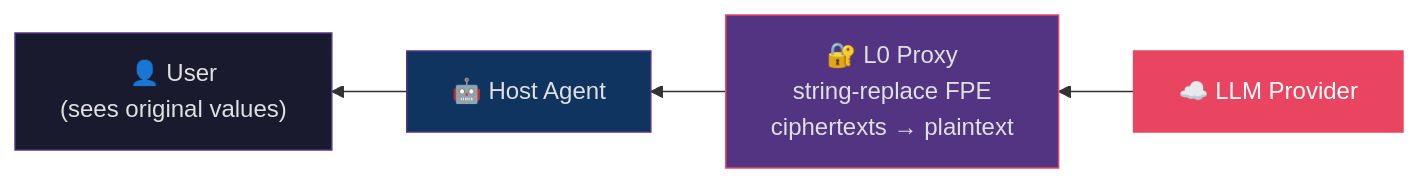
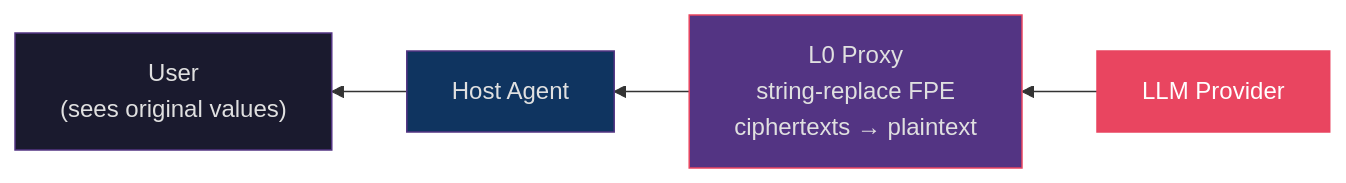
One commit to OpenObscure/OpenObscure changed the seventh of 15 diagrams in ARCHITECTURE.md. Above: the diagram before and after it, drawn with Mermaid. The commit also changed other lines of this file and 1 other file, not shown here.

First line of the commit message:
Fix 20 Mermaid diagrams: clarity, accuracy, consistency

````diff
--- a/ARCHITECTURE.md
+++ b/ARCHITECTURE.md
@@ -329,11 +338,11 @@
 ```mermaid
 flowchart RL
-    llm["☁️ LLM Provider"] --> proxy["🔐 L0 Proxy\nstring-replace FPE\nciphertexts → plaintext"]
-    proxy --> agent["🤖 Host Agent"]
-    agent --> user["👤 User\n(sees original values)"]
+    llm["LLM Provider"] --> proxy["L0 Proxy\nstring-replace FPE\nciphertexts → plaintext"]
+    proxy --> agent["Host Agent"]
+    agent --> user["User\n(sees original values)"]
 
     style llm fill:#e94560,stroke:#e94560,color:#fff
     style proxy fill:#533483,stroke:#e94560,color:#e0e0e0
     style agent fill:#0f3460,stroke:#533483,color:#e0e0e0
     style user fill:#1a1a2e,stroke:#533483,color:#e0e0e0
 ```
````
